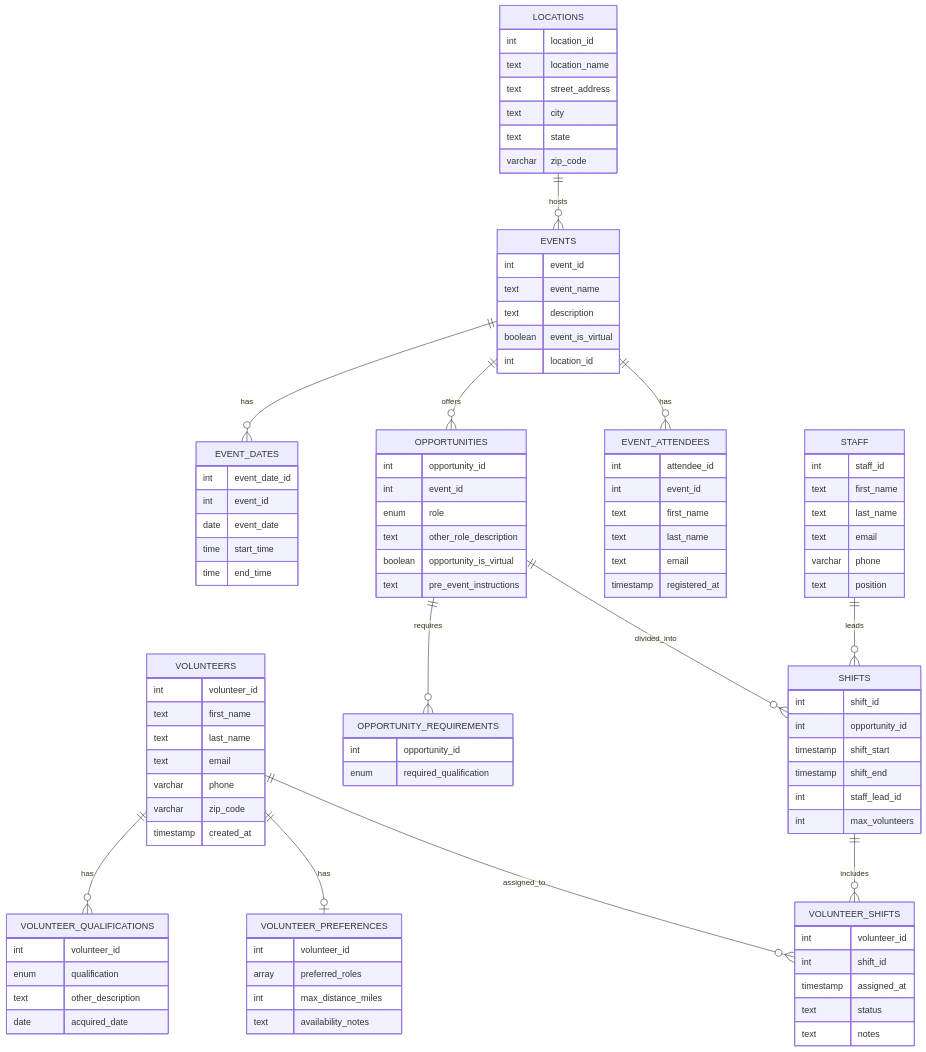
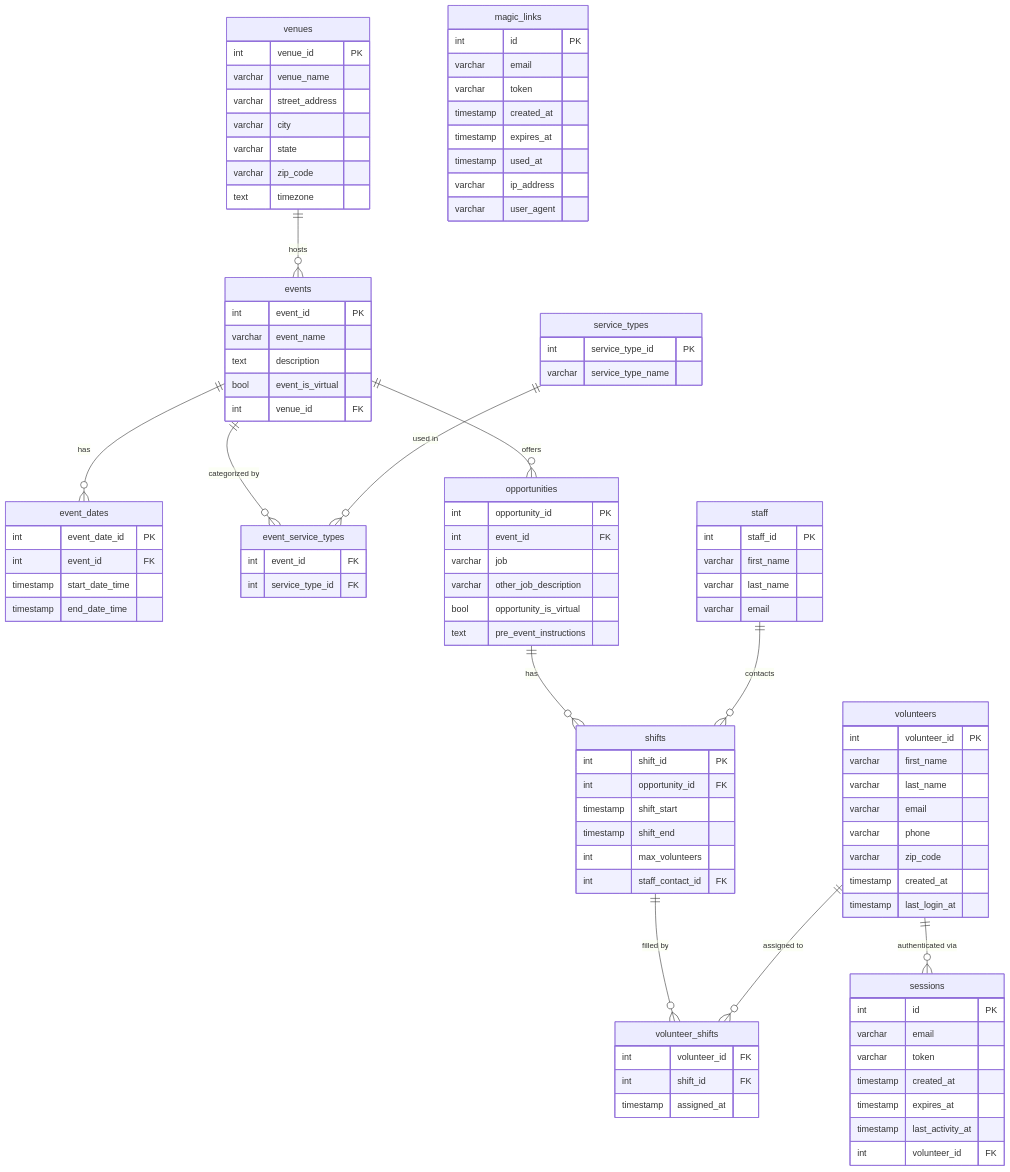
The diagram in database/README.md (KathySnider/volunteer-scheduler), drawn with Mermaid before and after one commit. The commit also changed other lines of this file, not shown here.

Commit message:
Updated database/README.

````diff
--- a/database/README.md
+++ b/database/README.md
@@ -32,116 +18,112 @@
 ```mermaid
 erDiagram
-    LOCATIONS ||--o{ EVENTS : hosts
-    EVENTS ||--o{ EVENT_DATES : has
-    EVENTS ||--o{ OPPORTUNITIES : offers
-    EVENTS ||--o{ EVENT_ATTENDEES : has
-    
-    VOLUNTEERS ||--o{ VOLUNTEER_QUALIFICATIONS : has
-    VOLUNTEERS ||--o| VOLUNTEER_PREFERENCES : has
-    VOLUNTEERS ||--o{ VOLUNTEER_SHIFTS : assigned_to
-    
-    OPPORTUNITIES ||--o{ OPPORTUNITY_REQUIREMENTS : requires
-    OPPORTUNITIES ||--o{ SHIFTS : divided_into
-    
-    STAFF ||--o{ SHIFTS : leads
-    
-    SHIFTS ||--o{ VOLUNTEER_SHIFTS : includes
-    
-    LOCATIONS {
-        int location_id
-        text location_name
-        text street_address
-        text city
-        text state
+    venues {
+        int venue_id PK
+        varchar venue_name
+        varchar street_address
+        varchar city
+        varchar state
         varchar zip_code
+        text timezone
     }
-    
-    EVENTS {
-        int event_id
-        text event_name
+
+    events {
+        int event_id PK
+        varchar event_name
         text description
-        boolean event_is_virtual
-        int location_id
+        bool event_is_virtual
+        int venue_id FK
     }
-    
-    EVENT_DATES {
-        int event_date_id
-        int event_id
-        date event_date
-        time start_time
-        time end_time
+
+    event_dates {
+        int event_date_id PK
+        int event_id FK
+        timestamp start_date_time
+        timestamp end_date_time
     }
-    
-    VOLUNTEERS {
-        int volunteer_id
-        text first_name
-        text last_name
-        text email
+
+    service_types {
+        int service_type_id PK
+        varchar service_type_name
+    }
+
+    event_service_types {
+        int event_id FK
+        int service_type_id FK
+    }
+
+    opportunities {
+        int opportunity_id PK
+        int event_id FK
+        varchar job
+        varchar other_job_description
+        bool opportunity_is_virtual
+        text pre_event_instructions
+    }
+
+    shifts {
+        int shift_id PK
+        int opportunity_id FK
+        timestamp shift_start
+        timestamp shift_end
+        int max_volunteers
+        int staff_contact_id FK
+    }
+
+    volunteers {
+        int volunteer_id PK
+        varchar first_name
+        varchar last_name
+        varchar email
         varchar phone
         varchar zip_code
         timestamp created_at
+        timestamp last_login_at
     }
-    
-    VOLUNTEER_QUALIFICATIONS {
-        int volunteer_id
-        enum qualification
-        text other_description
-        date acquired_date
+
+    volunteer_shifts {
+        int volunteer_id FK
+        int shift_id FK
+        timestamp assigned_at
     }
-    
-    VOLUNTEER_PREFERENCES {
-        int volunteer_id
-        array preferred_roles
-        int max_distance_miles
-        text availability_notes
+
+    staff {
+        int staff_id PK
+        varchar first_name
+        varchar last_name
+        varchar email
     }
-    
-    STAFF {
-        int staff_id
-        text first_name
-        text last_name
-        text email
-        varchar phone
-        text position
+
+    magic_links {
+        int id PK
+        varchar email
+        varchar token
+        timestamp created_at
+        timestamp expires_at
+        timestamp used_at
+        varchar ip_address
+        varchar user_agent
     }
-    
-    OPPORTUNITIES {
-        int opportunity_id
-        int event_id
-        enum role
-        text other_role_description
-        boolean opportunity_is_virtual
-        text pre_event_instructions
+
+    sessions {
+        int id PK
+        varchar email
+        varchar token
+        timestamp created_at
+        timestamp expires_at
+        timestamp last_activity_at
+        int volunteer_id FK
     }
-    
-    OPPORTUNITY_REQUIREMENTS {
-        int opportunity_id
-        enum required_qualification
-    }
-    
-    SHIFTS {
-        int shift_id
-        int opportunity_id
-        timestamp shift_start
-        timestamp shift_end
-        int staff_lead_id
-        int max_volunteers
-    }
-    
-    VOLUNTEER_SHIFTS {
-        int volunteer_id
-        int shift_id
-        timestamp assigned_at
-        text status
-        text notes
-    }
-    
-    EVENT_ATTENDEES {
-        int attendee_id
-        int event_id
-        text first_name
-        text last_name
-        text email
-        timestamp registered_at
-    }
+
+    venues ||--o{ events : "hosts"
+    events ||--o{ event_dates : "has"
+    events ||--o{ event_service_types : "categorized by"
+    service_types ||--o{ event_service_types : "used in"
+    events ||--o{ opportunities : "offers"
+    opportunities ||--o{ shifts : "has"
+    shifts ||--o{ volunteer_shifts : "filled by"
+    volunteers ||--o{ volunteer_shifts : "assigned to"
+    staff ||--o{ shifts : "contacts"
+    volunteers ||--o{ sessions : "authenticated via"
+
 ```
````
